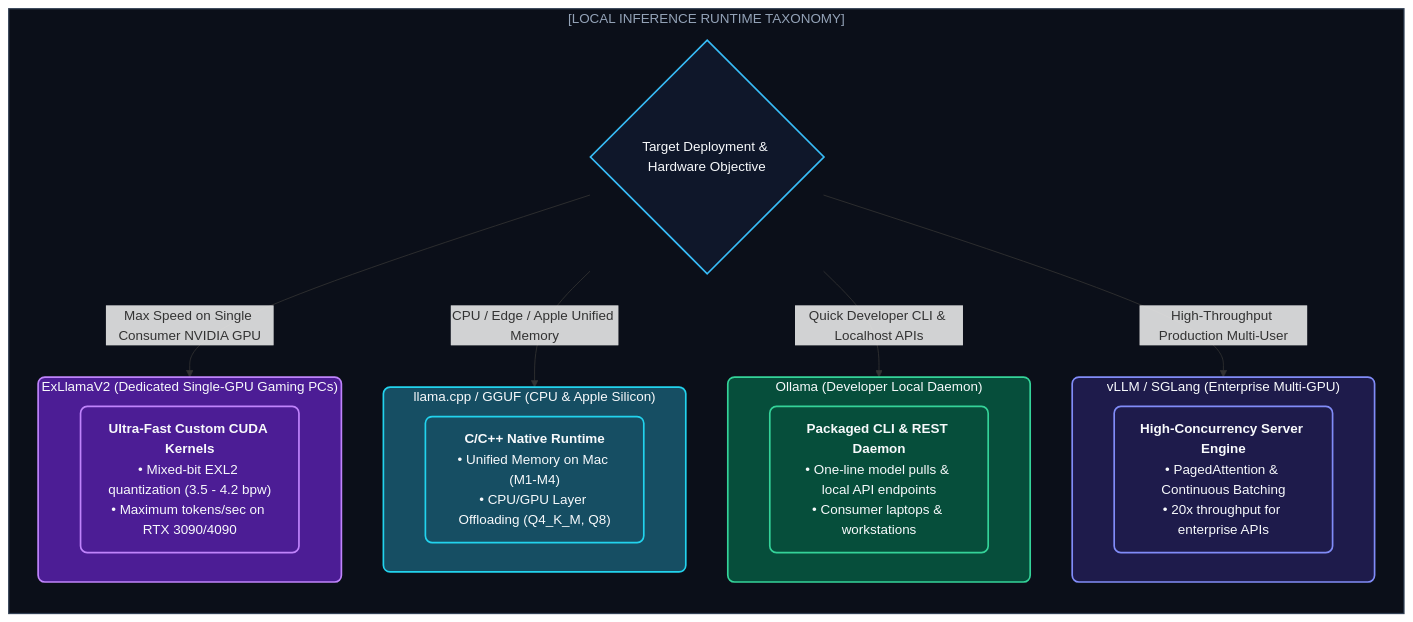
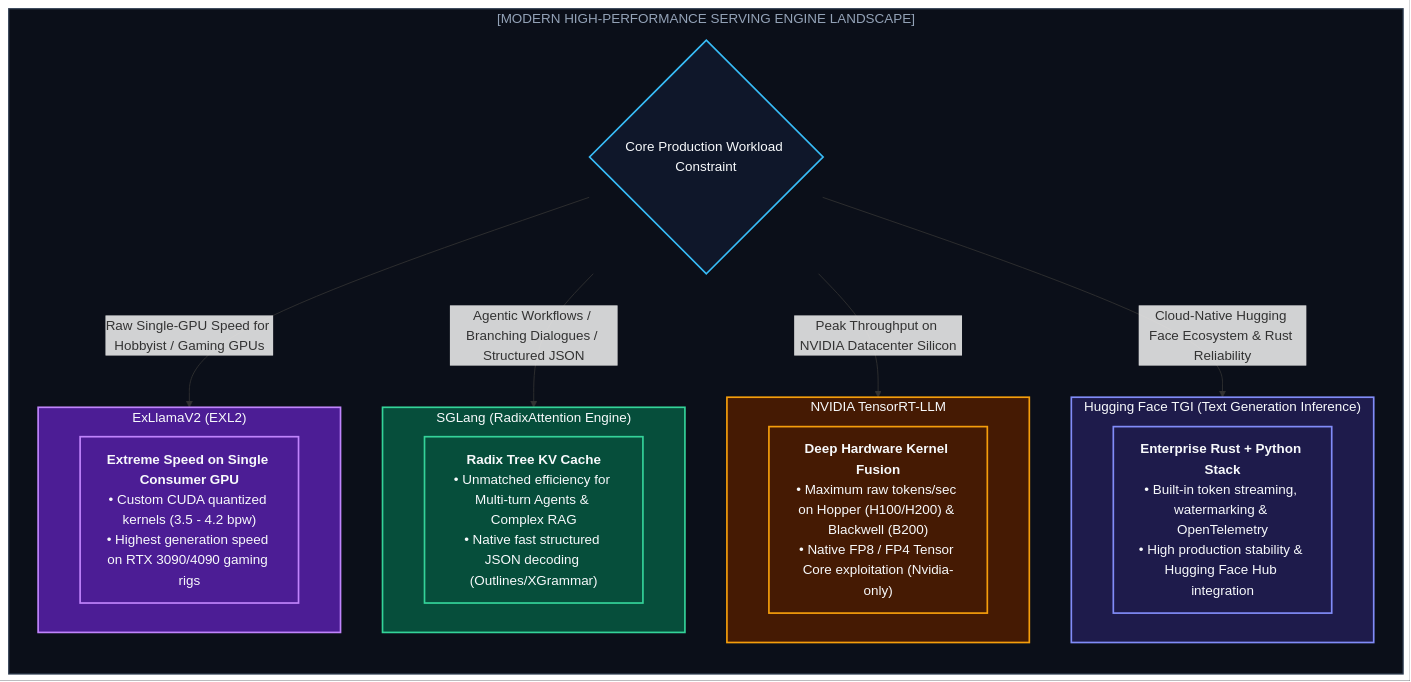
One commit to Rabetul-islam-asif/AI-Hand-Book changed the fifth of 6 diagrams in handbook/frontier_ch6.md. Above: the diagram before and after it, drawn with Mermaid. The commit also changed other lines of this file and 2 other files, not shown here.

Commit message:
feat(ch6): add comprehensive deep dive on Ollama, vLLM, and modern serving engines

````diff
--- a/handbook/frontier_ch6.md
+++ b/handbook/frontier_ch6.md
@@ -54,43 +313,43 @@
 ```mermaid
 flowchart TD
-    subgraph STACK["[LOCAL INFERENCE RUNTIME TAXONOMY]"]
+    subgraph LANDSCAPE["[MODERN HIGH-PERFORMANCE SERVING ENGINE LANDSCAPE]"]
         direction TB
 
-        REQ{"Target Deployment & Hardware Objective"}
+        CRIT{"Core Production Workload Constraint"}
 
-        subgraph CPU_MAC["llama.cpp / GGUF (CPU & Apple Silicon)"]
-            D1["<b>C/C++ Native Runtime</b><br/>• Unified Memory on Mac (M1-M4)<br/>• CPU/GPU Layer Offloading (Q4_K_M, Q8)"]
+        subgraph SGLANG_BOX["SGLang (RadixAttention Engine)"]
+            SGL["<b>Radix Tree KV Cache</b><br/>• Unmatched efficiency for Multi-turn Agents & Complex RAG<br/>• Native fast structured JSON decoding (Outlines/XGrammar)"]
         end
 
-        subgraph CLI["Ollama (Developer Local Daemon)"]
-            D2["<b>Packaged CLI & REST Daemon</b><br/>• One-line model pulls & local API endpoints<br/>• Consumer laptops & workstations"]
+        subgraph TRT_BOX["NVIDIA TensorRT-LLM"]
+            TRT["<b>Deep Hardware Kernel Fusion</b><br/>• Maximum raw tokens/sec on Hopper (H100/H200) & Blackwell (B200)<br/>• Native FP8 / FP4 Tensor Core exploitation (Nvidia-only)"]
         end
 
-        subgraph PROD["vLLM / SGLang (Enterprise Multi-GPU)"]
-            D3["<b>High-Concurrency Server Engine</b><br/>• PagedAttention & Continuous Batching<br/>• 20x throughput for enterprise APIs"]
+        subgraph TGI_BOX["Hugging Face TGI (Text Generation Inference)"]
+            TGI["<b>Enterprise Rust + Python Stack</b><br/>• Built-in token streaming, watermarking & OpenTelemetry<br/>• High production stability & Hugging Face Hub integration"]
         end
 
-        subgraph GPU["ExLlamaV2 (Dedicated Single-GPU Gaming PCs)"]
-            D4["<b>Ultra-Fast Custom CUDA Kernels</b><br/>• Mixed-bit EXL2 quantization (3.5 - 4.2 bpw)<br/>• Maximum tokens/sec on RTX 3090/4090"]
+        subgraph EXL_BOX["ExLlamaV2 (EXL2)"]
+            EXL["<b>Extreme Speed on Single Consumer GPU</b><br/>• Custom CUDA quantized kernels (3.5 - 4.2 bpw)<br/>• Highest generation speed on RTX 3090/4090 gaming rigs"]
         end
 
-        REQ -->|"CPU / Edge / Apple Unified Memory"| CPU_MAC
-        REQ -->|"Quick Developer CLI & Localhost APIs"| CLI
-        REQ -->|"High-Throughput Production Multi-User"| PROD
-        REQ -->|"Max Speed on Single Consumer NVIDIA GPU"| GPU
+        CRIT -->|"Agentic Workflows / Branching Dialogues / Structured JSON"| SGLANG_BOX
+        CRIT -->|"Peak Throughput on NVIDIA Datacenter Silicon"| TRT_BOX
+        CRIT -->|"Cloud-Native Hugging Face Ecosystem & Rust Reliability"| TGI_BOX
+        CRIT -->|"Raw Single-GPU Speed for Hobbyist / Gaming GPUs"| EXL_BOX
     end
 
-    classDef reqStyle fill:#0f172a,stroke:#38bdf8,stroke-width:2px,color:#f8fafc,rx:8px,ry:8px;
-    classDef s1Style fill:#164e63,stroke:#22d3ee,stroke-width:2px,color:#f8fafc,rx:8px,ry:8px;
-    classDef s2Style fill:#064e3b,stroke:#34d399,stroke-width:2px,color:#f8fafc,rx:8px,ry:8px;
-    classDef s3Style fill:#1e1b4b,stroke:#818cf8,stroke-width:2px,color:#f8fafc,rx:8px,ry:8px;
-    classDef s4Style fill:#4c1d95,stroke:#c084fc,stroke-width:2px,color:#f8fafc,rx:8px,ry:8px;
+    classDef critStyle fill:#0f172a,stroke:#38bdf8,stroke-width:2px,color:#f8fafc;
+    classDef sglStyle fill:#064e3b,stroke:#34d399,stroke-width:2px,color:#f8fafc;
+    classDef trtStyle fill:#451a03,stroke:#f59e0b,stroke-width:2px,color:#f8fafc;
+    classDef tgiStyle fill:#1e1b4b,stroke:#818cf8,stroke-width:2px,color:#f8fafc;
+    classDef exlStyle fill:#4c1d95,stroke:#c084fc,stroke-width:2px,color:#f8fafc;
     classDef subStyle fill:#0b0f19,stroke:#334155,stroke-width:1.5px,color:#94a3b8;
 
-    class REQ reqStyle;
-    class CPU_MAC,D1 s1Style;
-    class CLI,D2 s2Style;
-    class PROD,D3 s3Style;
-    class GPU,D4 s4Style;
-    class STACK subStyle;
+    class CRIT critStyle;
+    class SGLANG_BOX,SGL sglStyle;
+    class TRT_BOX,TRT trtStyle;
+    class TGI_BOX,TGI tgiStyle;
+    class EXL_BOX,EXL exlStyle;
+    class LANDSCAPE subStyle;
 ```
````
